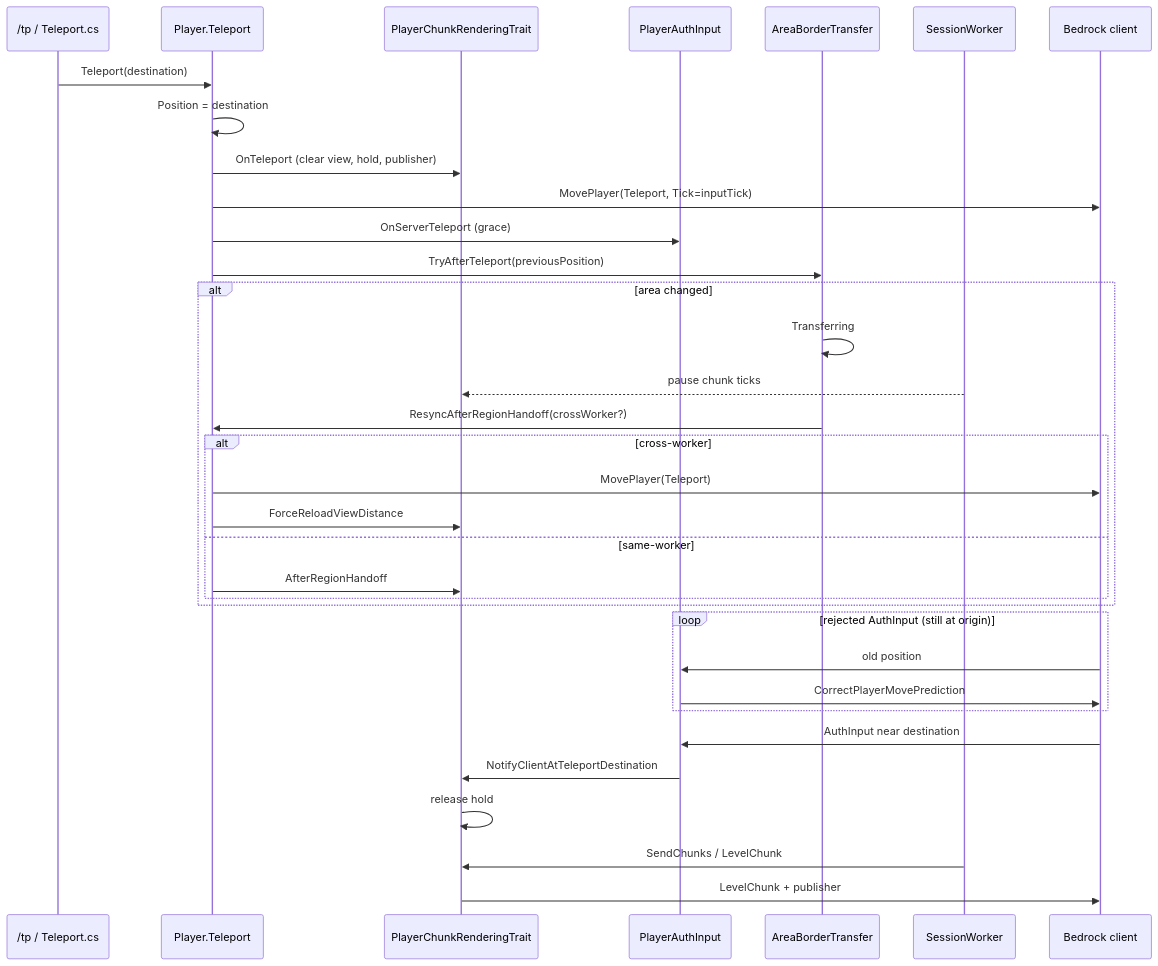
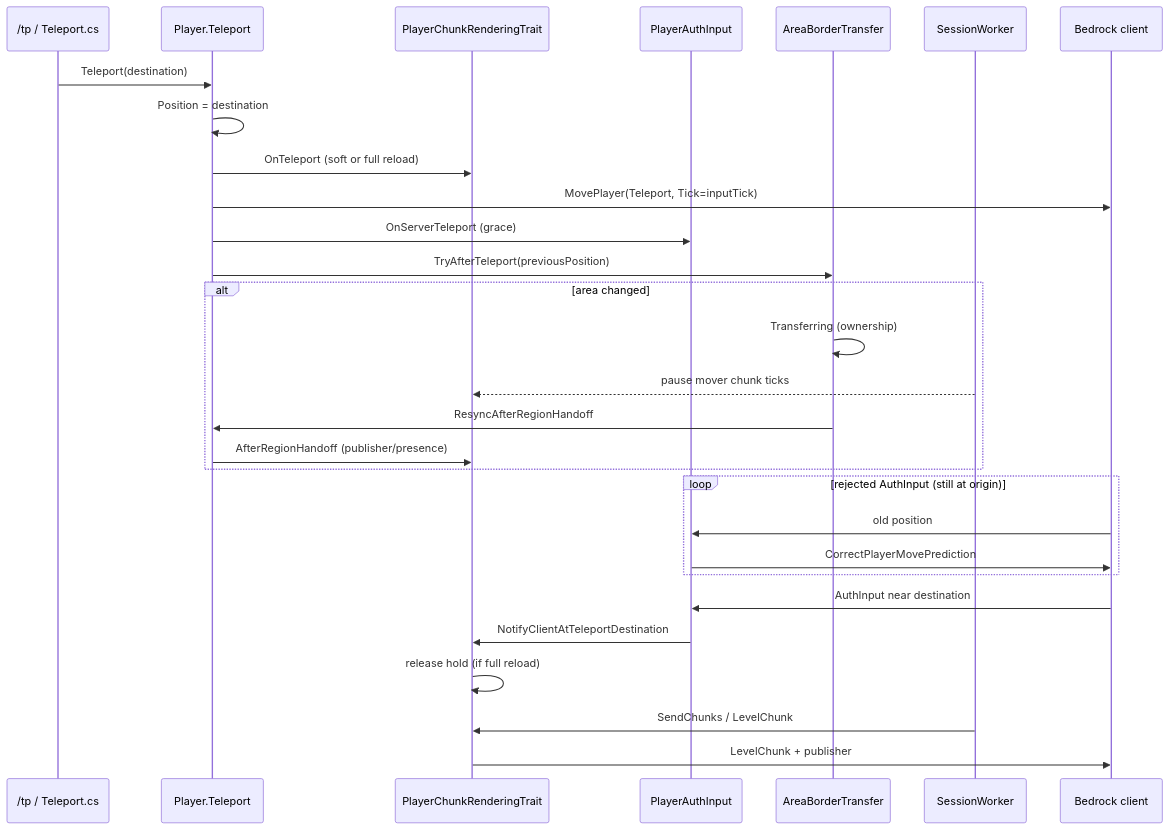
The diagram in docs/en_us/teleport.md (yPerfectBR/OrionServerBE), drawn with Mermaid before and after one commit. The commit also changed other lines of this file and 1 other file, not shown here.

First line of the commit message:
docs(teleport): rewrite flow for soft handoff and peer visibility

````diff
--- a/docs/en_us/teleport.md
+++ b/docs/en_us/teleport.md
@@ -17,37 +17,32 @@
 ```mermaid
 sequenceDiagram
     participant Cmd as /tp / Teleport.cs
     participant P as Player.Teleport
     participant Trait as PlayerChunkRenderingTrait
     participant Auth as PlayerAuthInput
     participant Area as AreaBorderTransfer
     participant Sess as SessionWorker
     participant C as Bedrock client
 
     Cmd->>P: Teleport(destination)
     P->>P: Position = destination
-    P->>Trait: OnTeleport (clear view, hold, publisher)
+    P->>Trait: OnTeleport (soft or full reload)
     P->>C: MovePlayer(Teleport, Tick=inputTick)
     P->>Auth: OnServerTeleport (grace)
     P->>Area: TryAfterTeleport(previousPosition)
     alt area changed
-        Area->>Area: Transferring
-        Sess-->>Trait: pause chunk ticks
-        Area->>P: ResyncAfterRegionHandoff(crossWorker?)
-        alt cross-worker
-            P->>C: MovePlayer(Teleport)
-            P->>Trait: ForceReloadViewDistance
-        else same-worker
-            P->>Trait: AfterRegionHandoff
-        end
+        Area->>Area: Transferring (ownership)
+        Sess-->>Trait: pause mover chunk ticks
+        Area->>P: ResyncAfterRegionHandoff
+        P->>Trait: AfterRegionHandoff (publisher/presence)
     end
     loop rejected AuthInput (still at origin)
         C->>Auth: old position
         Auth->>C: CorrectPlayerMovePrediction
     end
     C->>Auth: AuthInput near destination
     Auth->>Trait: NotifyClientAtTeleportDestination
-    Trait->>Trait: release hold
+    Trait->>Trait: release hold (if full reload)
     Sess->>Trait: SendChunks / LevelChunk
     Trait->>C: LevelChunk + publisher
 ```
````
